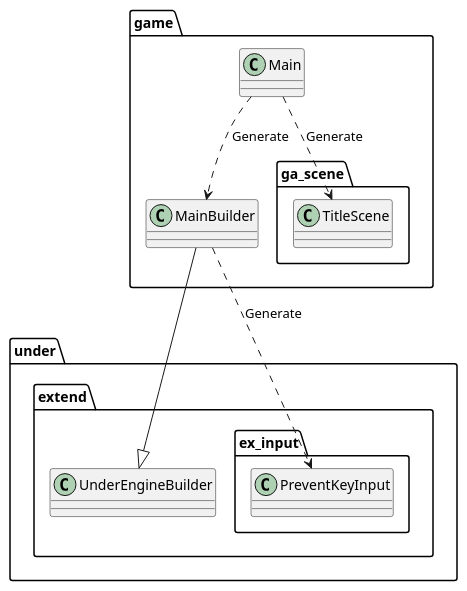
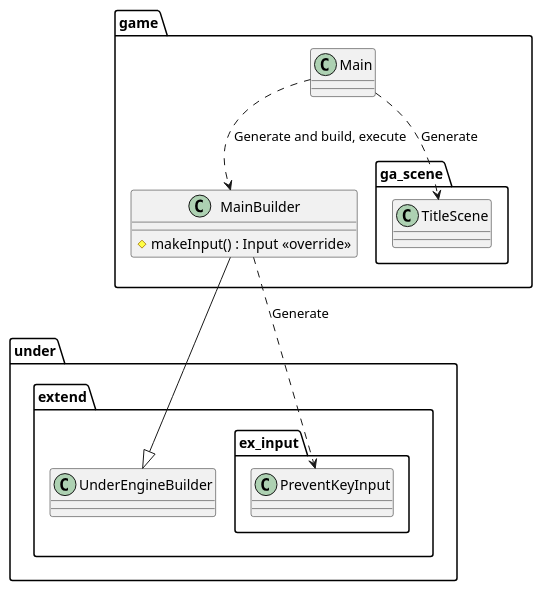
The diagram in uml/gamebase/Game.wsd (Expine/Under), drawn with PlantUML before and after one commit. The commit also changed 46 other files, not shown here.

```diff
--- a/uml/gamebase/Game.wsd
+++ b/uml/gamebase/Game.wsd
@@ -1,30 +1,32 @@
 @startuml GameBaseGame
 
 package game {
     class Main
-    class MainBuilder
+    class MainBuilder {
+        #makeInput() : Input <<override>>
+    }
 }
 
 package under {
     package extend {
         class UnderEngineBuilder
         package ex_input {
             class PreventKeyInput
         }
     }
 }
 
 package game {
     package ga_scene {
         class TitleScene
     }
 }
 
 
-Main ..> MainBuilder : Generate
+Main ..> MainBuilder : Generate and build, execute
 Main ..> TitleScene : Generate
 MainBuilder ..> PreventKeyInput : Generate
 
 MainBuilder --|> UnderEngineBuilder
 
 @enduml
```
